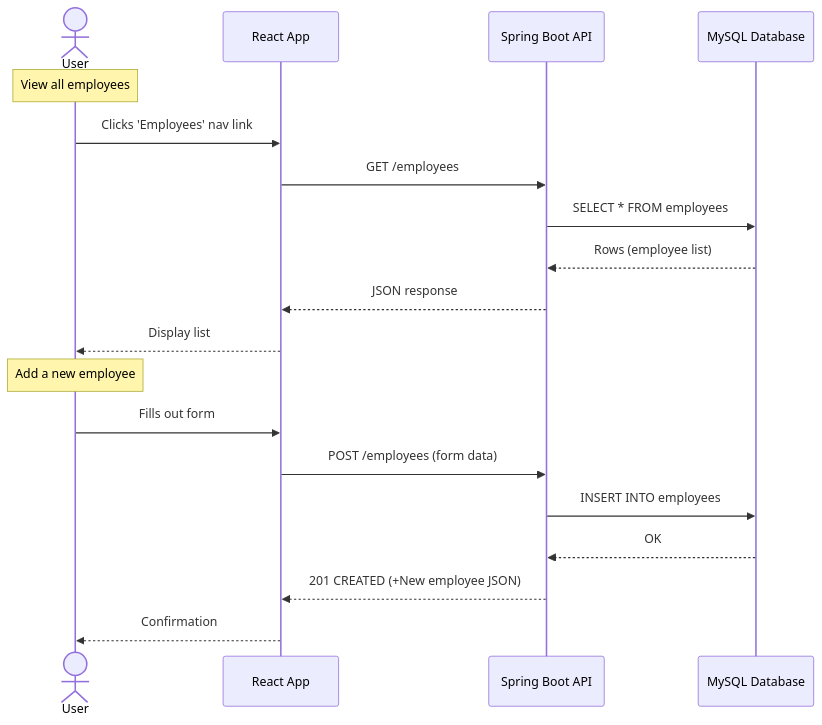
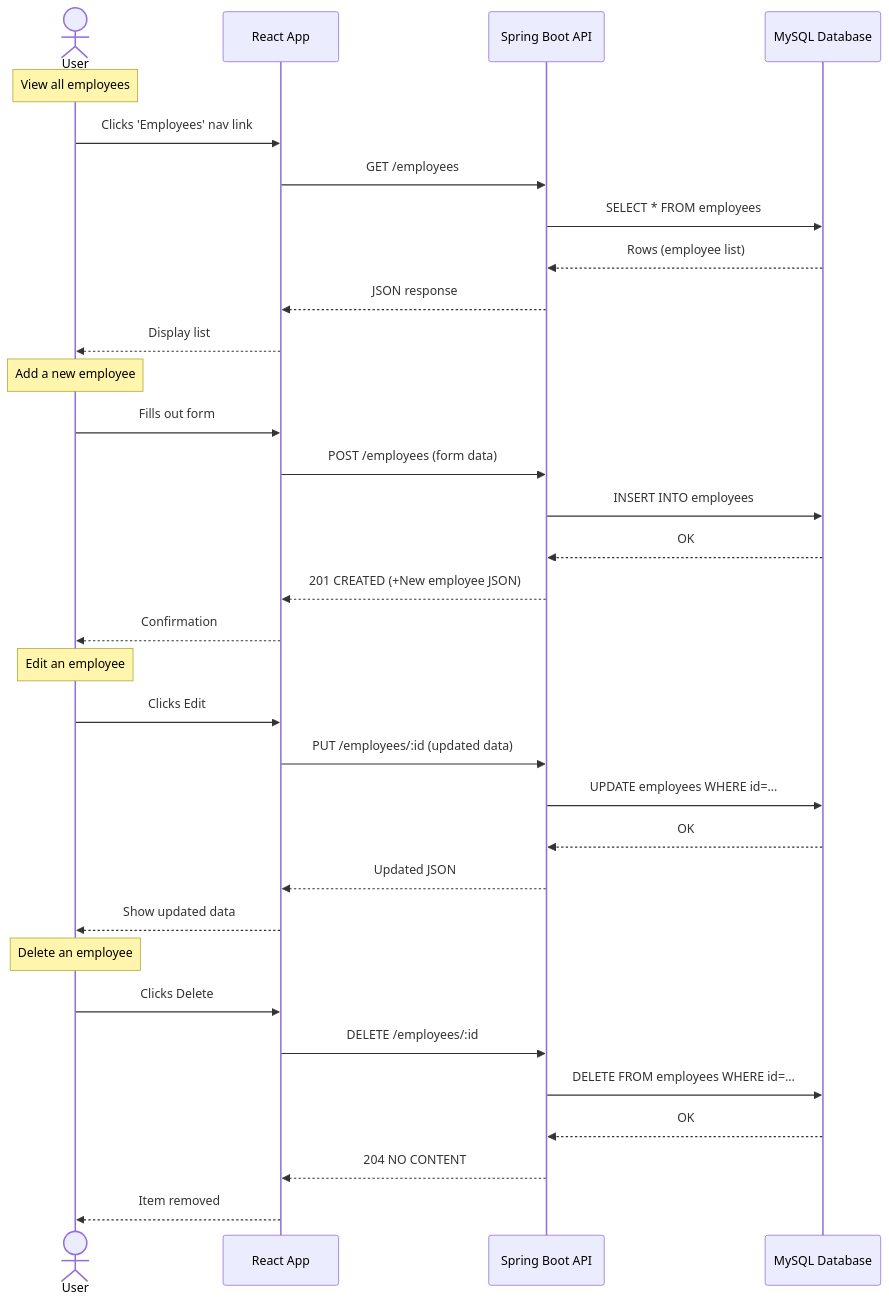
One commit to carriegale2710/employee-creator changed the diagram in README.md. Above: the diagram before and after it, drawn with Mermaid. The commit also changed other lines of this file and 10 other files, not shown here.

Commit message:
docs: updates schemas and uploads ERD

````diff
--- a/README.md
+++ b/README.md
@@ -330,25 +289,41 @@
 ```mermaid
 
 sequenceDiagram
   actor User
   participant ReactApp as React App
   participant SpringAPI as Spring Boot API
   participant MySQL as MySQL Database
 
   Note over User: View all employees
   User->>ReactApp: Clicks 'Employees' nav link
   ReactApp->>SpringAPI: GET /employees
   SpringAPI->>MySQL: SELECT * FROM employees
   MySQL-->>SpringAPI: Rows (employee list)
   SpringAPI-->>ReactApp: JSON response
   ReactApp-->>User: Display list
 
   Note over User: Add a new employee
   User->>ReactApp: Fills out form
   ReactApp->>SpringAPI: POST /employees (form data)
   SpringAPI->>MySQL: INSERT INTO employees
   MySQL-->>SpringAPI: OK
   SpringAPI-->>ReactApp: 201 CREATED (+New employee JSON)
   ReactApp-->>User: Confirmation
 
+  Note over User: Edit an employee
+  User->>ReactApp: Clicks Edit
+  ReactApp->>SpringAPI: PUT /employees/:id (updated data)
+  SpringAPI->>MySQL: UPDATE employees WHERE id=...
+  MySQL-->>SpringAPI: OK
+  SpringAPI-->>ReactApp: Updated JSON
+  ReactApp-->>User: Show updated data
+
+  Note over User: Delete an employee
+  User->>ReactApp: Clicks Delete
+  ReactApp->>SpringAPI: DELETE /employees/:id
+  SpringAPI->>MySQL: DELETE FROM employees WHERE id=...
+  MySQL-->>SpringAPI: OK
+  SpringAPI-->>ReactApp: 204 NO CONTENT
+  ReactApp-->>User: Item removed
+
 ```
````
